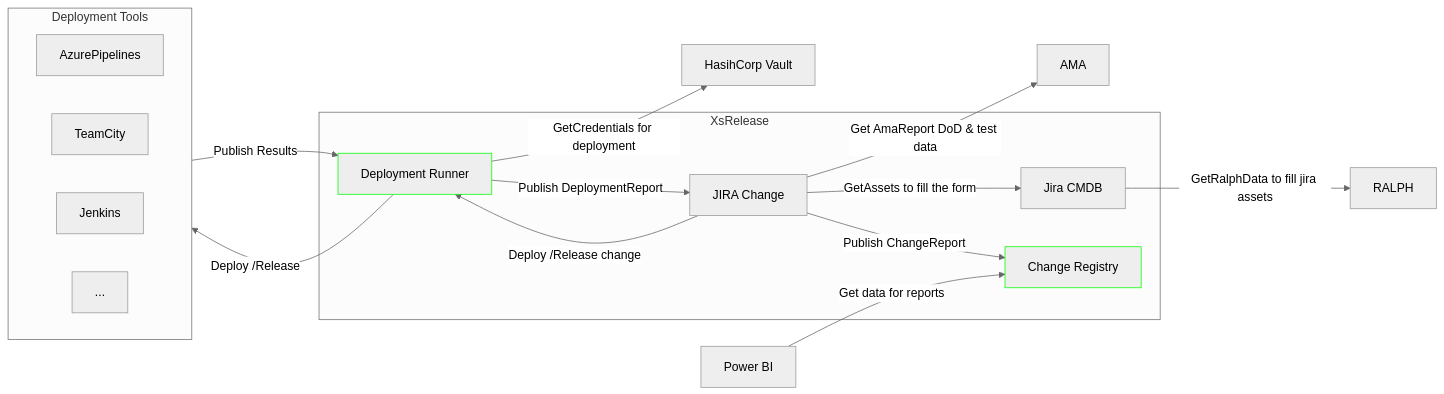
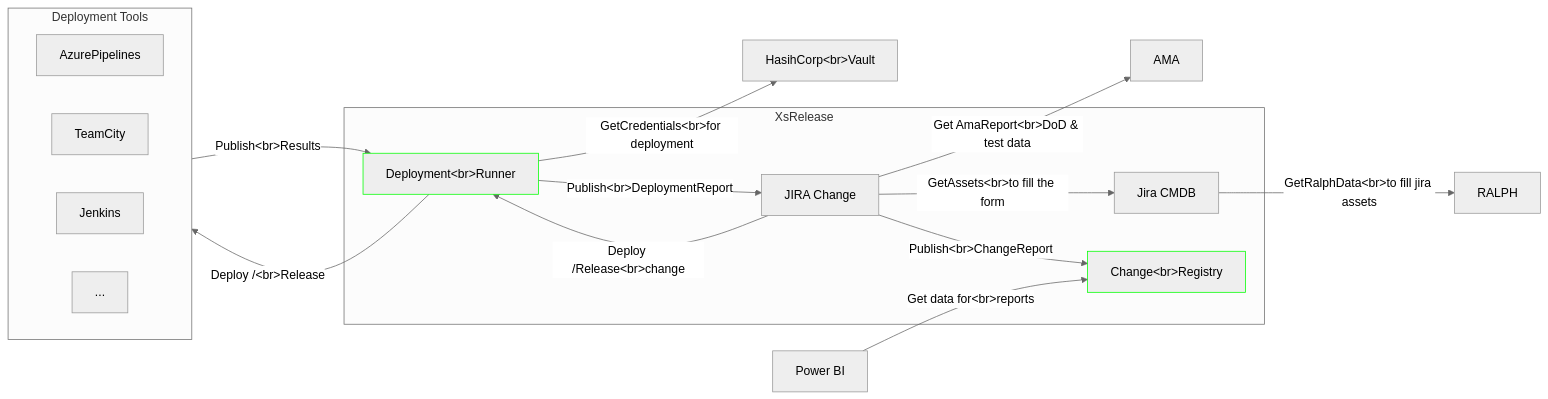
One commit to srmibextesting/mibex-testing-repo changed the diagram in README.md. Above: the diagram before and after it, drawn with Mermaid (neutral theme).

````diff
--- a/README.md
+++ b/README.md
@@ -4,46 +4,47 @@
 ```mermaid
 
 flowchart LR
 
 %% participants
 %% na tę chwilę AMA nie daje nam tego czego chcemy więc nie uwzględniamy jej w MVP
 subgraph xsrelease[XsRelease]
     jira[JIRA Change]
     cmdb[Jira CMDB]
-    DeplRunner["Deployment Runner"]:::api
-    ChangeRegistry["Change Registry"]:::api
+    DeplRunner[Deployment&lt;br&gt;Runner]:::api
+    ChangeRegistry[Change&lt;br&gt;Registry]:::api
 end
 ama[AMA]
 ralph[RALPH]
-vault["HasihCorp Vault"]
+vault[HasihCorp&lt;br&gt;Vault]
 powerbi[Power BI]
 subgraph deptools[Deployment Tools]
     direction RL
     AzurePipelines
     TeamCity
     Jenkins
     ...
 end
 
 %% interactions
 %% TODO: wyjaśnić jak odbywa się komunikacja ama <-> jira i póki co amy nie zmieniamy. nie robimy endpointa dla amy w change registry na tę chwilę
-jira -->|"Get AmaReport DoD & test data"| ama 
-jira -->|"GetAssets to fill the form"| cmdb
-cmdb -->|"GetRalphData to fill jira assets"| ralph
-jira -->|"Deploy /Release change"| DeplRunner
-DeplRunner -->|"GetCredentials for deployment"| vault
-DeplRunner -->|"Deploy /Release"| deptools
-deptools -->|"Publish Results"| DeplRunner
-DeplRunner -->|"Publish DeploymentReport"| jira
+jira -->|Get AmaReport&lt;br&gt;DoD & test data| ama 
+jira -->|GetAssets&lt;br&gt;to fill the form| cmdb
+cmdb -->|GetRalphData&lt;br&gt;to fill jira assets| ralph
+jira -->|Deploy /Release&lt;br&gt;change| DeplRunner
+DeplRunner -->|GetCredentials&lt;br&gt;for deployment| vault
+DeplRunner -->|Deploy /&lt;br&gt;Release| deptools
+deptools -->|Publish&lt;br&gt;Results| DeplRunner
+DeplRunner -->|Publish&lt;br&gt;DeploymentReport| jira
 %% publish report for both new chage process or external (custom change processes)
-jira -->|"Publish ChangeReport"| ChangeRegistry
-powerbi -->|"Get data for reports"| ChangeRegistry
+jira -->|Publish&lt;br&gt;ChangeReport| ChangeRegistry
+powerbi -->|Get data for&lt;br&gt;reports| ChangeRegistry
 %%ama -->|Collect data| ci[CI Tools]
 %%ama -->|Collect data| QG[Quality Gate]
 %% dsiaptcher w dep tools czy screlease?
 
 %% styling
  classDef api stroke:#0f0
 
 
+
 ```
````
